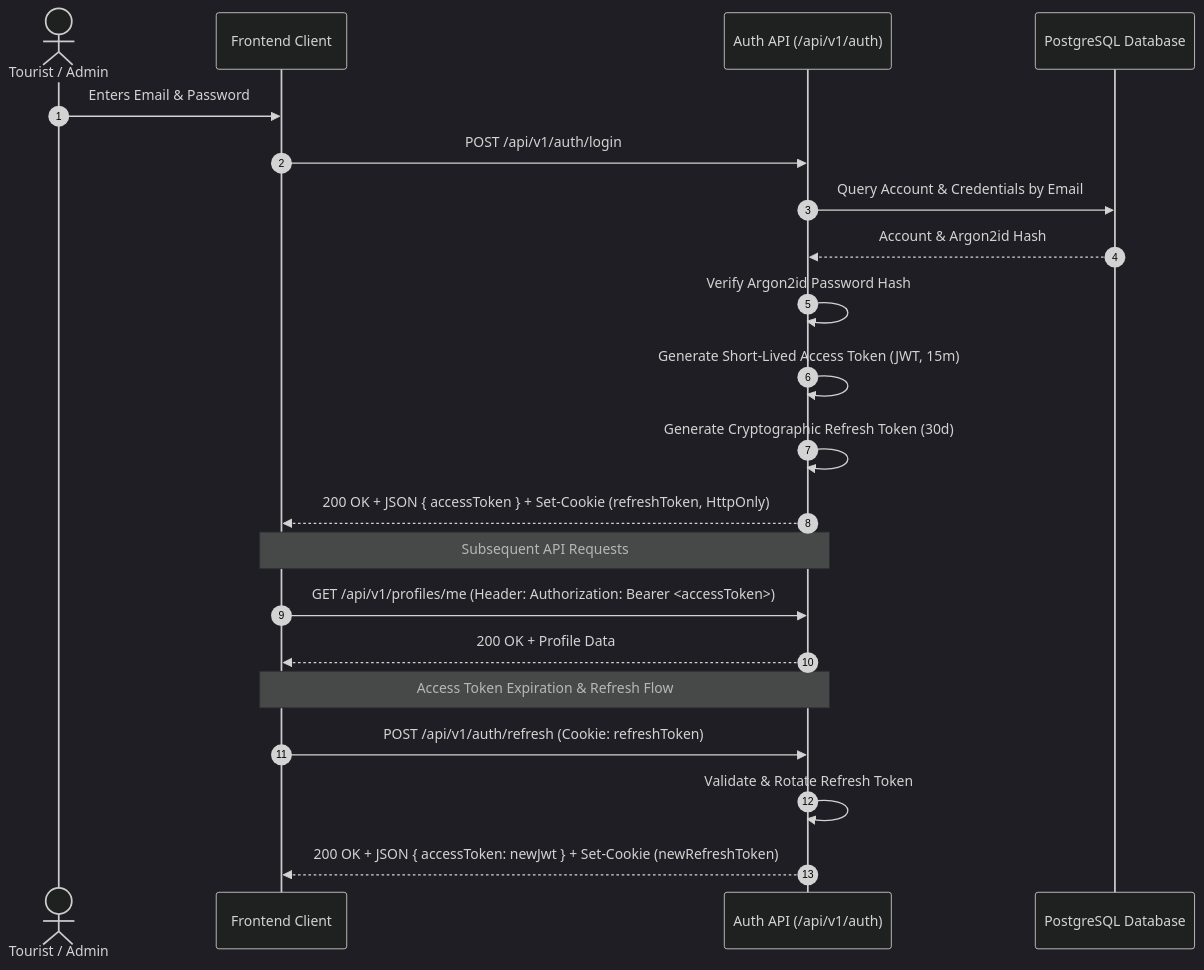
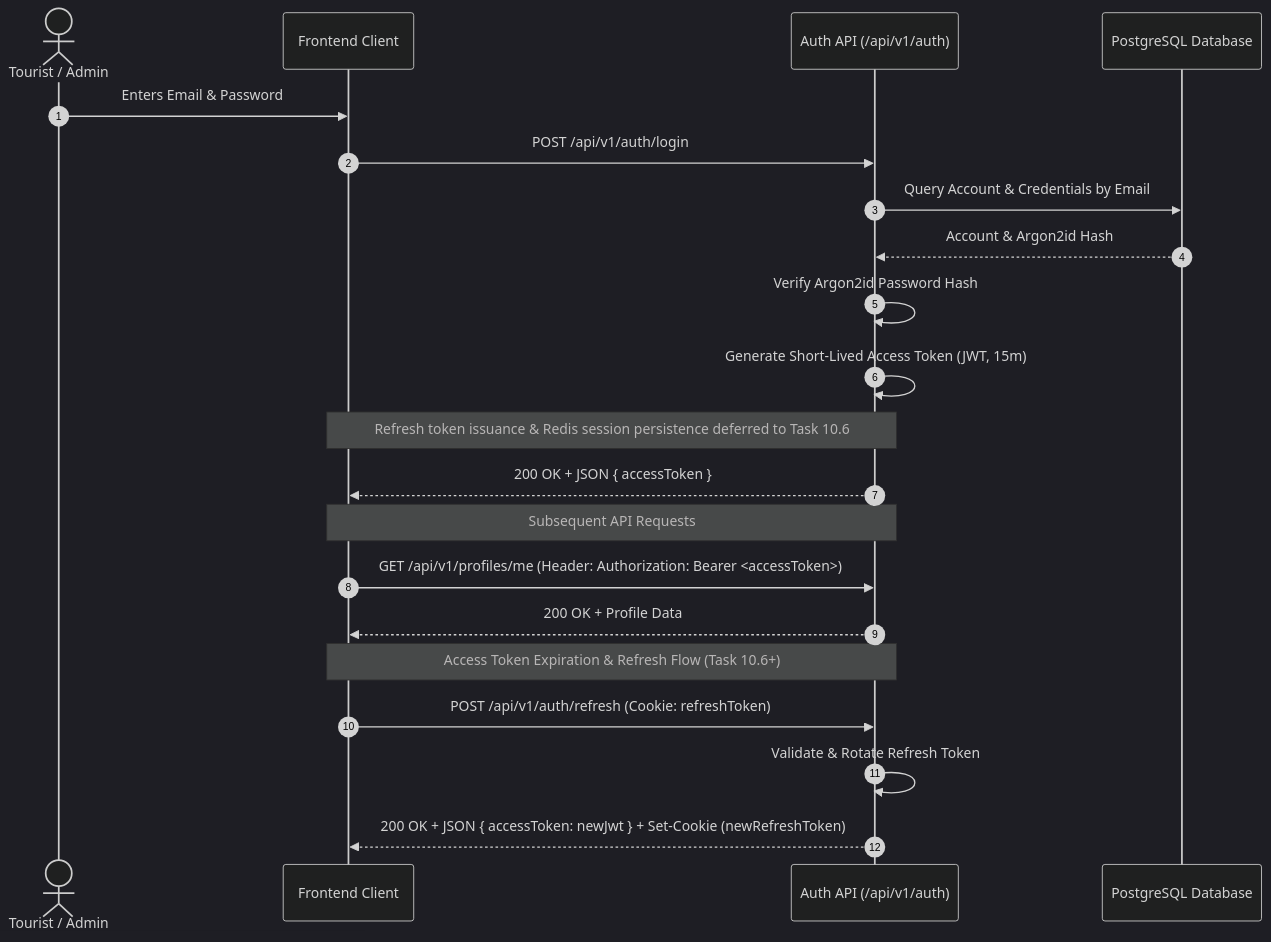
Before and after one commit to muhammedthanzeel93-cloud/My-Travelroad: the second of 4 diagrams in docs/architecture/api-architecture.md, drawn with Mermaid (dark theme). The commit also changed other lines of this file and 6 other files, not shown here.

````diff
--- a/docs/architecture/api-architecture.md
+++ b/docs/architecture/api-architecture.md
@@ -225,26 +225,26 @@
 ```mermaid
 sequenceDiagram
     autonumber
     actor User as Tourist / Admin
     participant Client as Frontend Client
     participant AuthAPI as Auth API (/api/v1/auth)
     participant DB as PostgreSQL Database
 
     User->>Client: Enters Email & Password
     Client->>AuthAPI: POST /api/v1/auth/login
     AuthAPI->>DB: Query Account & Credentials by Email
     DB-->>AuthAPI: Account & Argon2id Hash
     AuthAPI->>AuthAPI: Verify Argon2id Password Hash
     AuthAPI->>AuthAPI: Generate Short-Lived Access Token (JWT, 15m)
-    AuthAPI->>AuthAPI: Generate Cryptographic Refresh Token (30d)
-    AuthAPI-->>Client: 200 OK + JSON { accessToken } + Set-Cookie (refreshToken, HttpOnly)
+    Note over AuthAPI,Client: Refresh token issuance & Redis session persistence deferred to Task 10.6
+    AuthAPI-->>Client: 200 OK + JSON { accessToken }
     
     Note over Client,AuthAPI: Subsequent API Requests
     Client->>AuthAPI: GET /api/v1/profiles/me (Header: Authorization: Bearer <accessToken>)
     AuthAPI-->>Client: 200 OK + Profile Data
 
-    Note over Client,AuthAPI: Access Token Expiration & Refresh Flow
+    Note over Client,AuthAPI: Access Token Expiration & Refresh Flow (Task 10.6+)
     Client->>AuthAPI: POST /api/v1/auth/refresh (Cookie: refreshToken)
     AuthAPI->>AuthAPI: Validate & Rotate Refresh Token
     AuthAPI-->>Client: 200 OK + JSON { accessToken: newJwt } + Set-Cookie (newRefreshToken)
 ```
````
